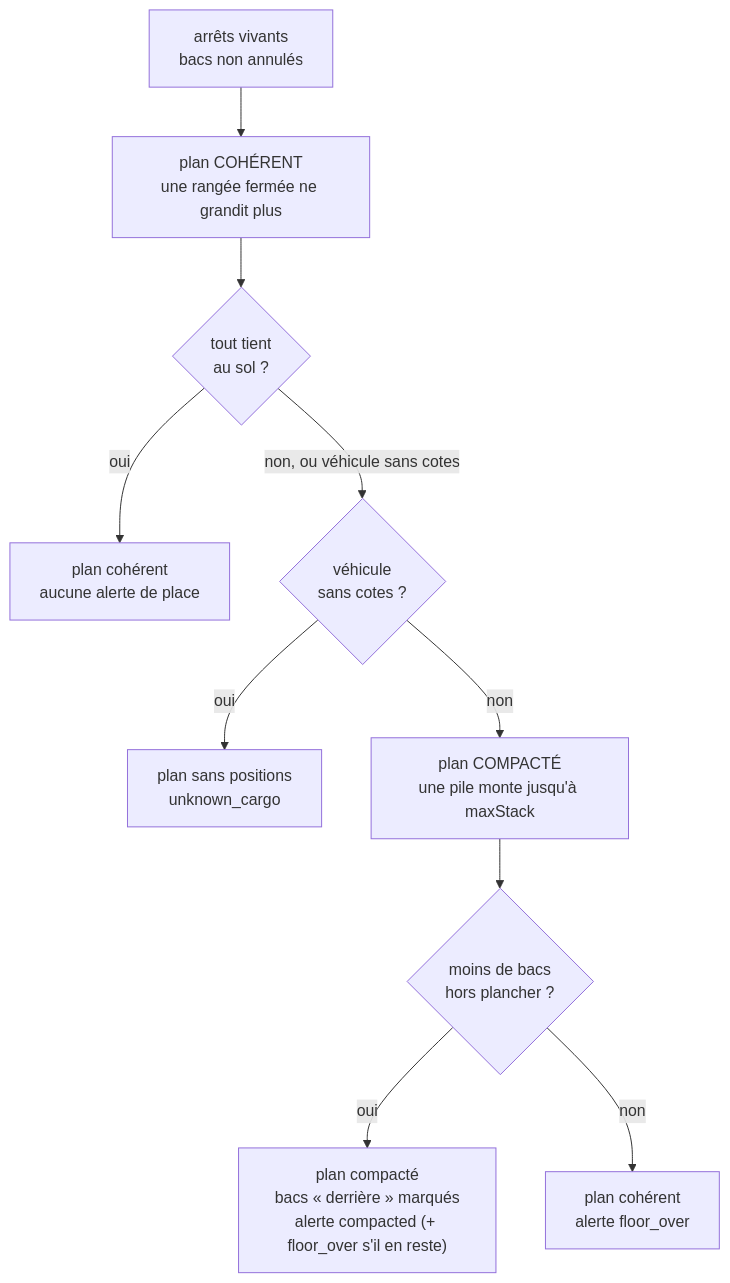
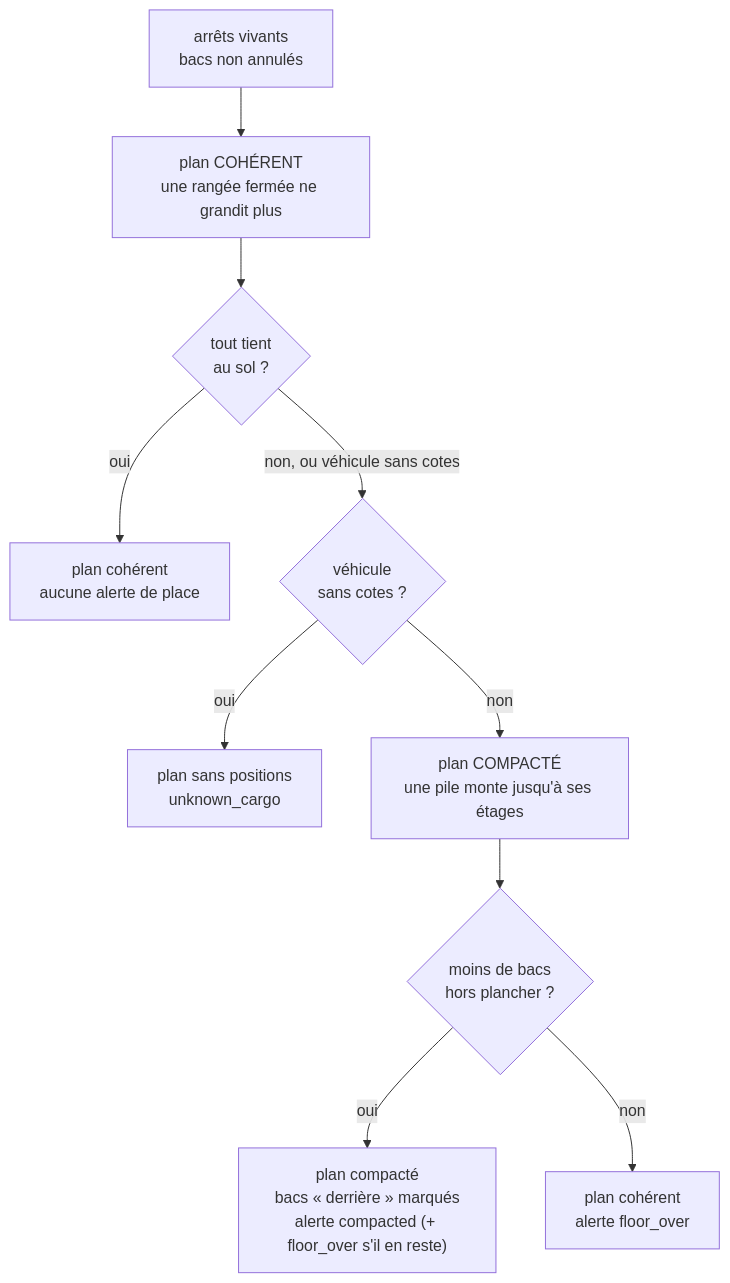
One commit to hugoheynard/lfd changed the diagram in documentation/livraisons/algorithme-de-chargement.md. Above: the diagram before and after it, drawn with Mermaid. The commit also changed other lines of this file and 31 other files, not shown here.

````diff
--- a/documentation/livraisons/algorithme-de-chargement.md
+++ b/documentation/livraisons/algorithme-de-chargement.md
@@ -48,12 +51,12 @@
 ```mermaid
 flowchart TD
   A["arrêts vivants<br/>bacs non annulés"] --> C["plan COHÉRENT<br/>une rangée fermée ne grandit plus"]
   C --> Q1{"tout tient<br/>au sol ?"}
   Q1 -- oui --> R1["plan cohérent<br/>aucune alerte de place"]
   Q1 -- "non, ou véhicule sans cotes" --> Q0{"véhicule<br/>sans cotes ?"}
   Q0 -- oui --> R0["plan sans positions<br/>unknown_cargo"]
-  Q0 -- non --> K["plan COMPACTÉ<br/>une pile monte jusqu'à maxStack"]
+  Q0 -- non --> K["plan COMPACTÉ<br/>une pile monte jusqu'à ses étages"]
   K --> Q2{"moins de bacs<br/>hors plancher ?"}
   Q2 -- oui --> R2["plan compacté<br/>bacs « derrière » marqués<br/>alerte compacted (+ floor_over s'il en reste)"]
   Q2 -- non --> R3["plan cohérent<br/>alerte floor_over"]
 ```
````
